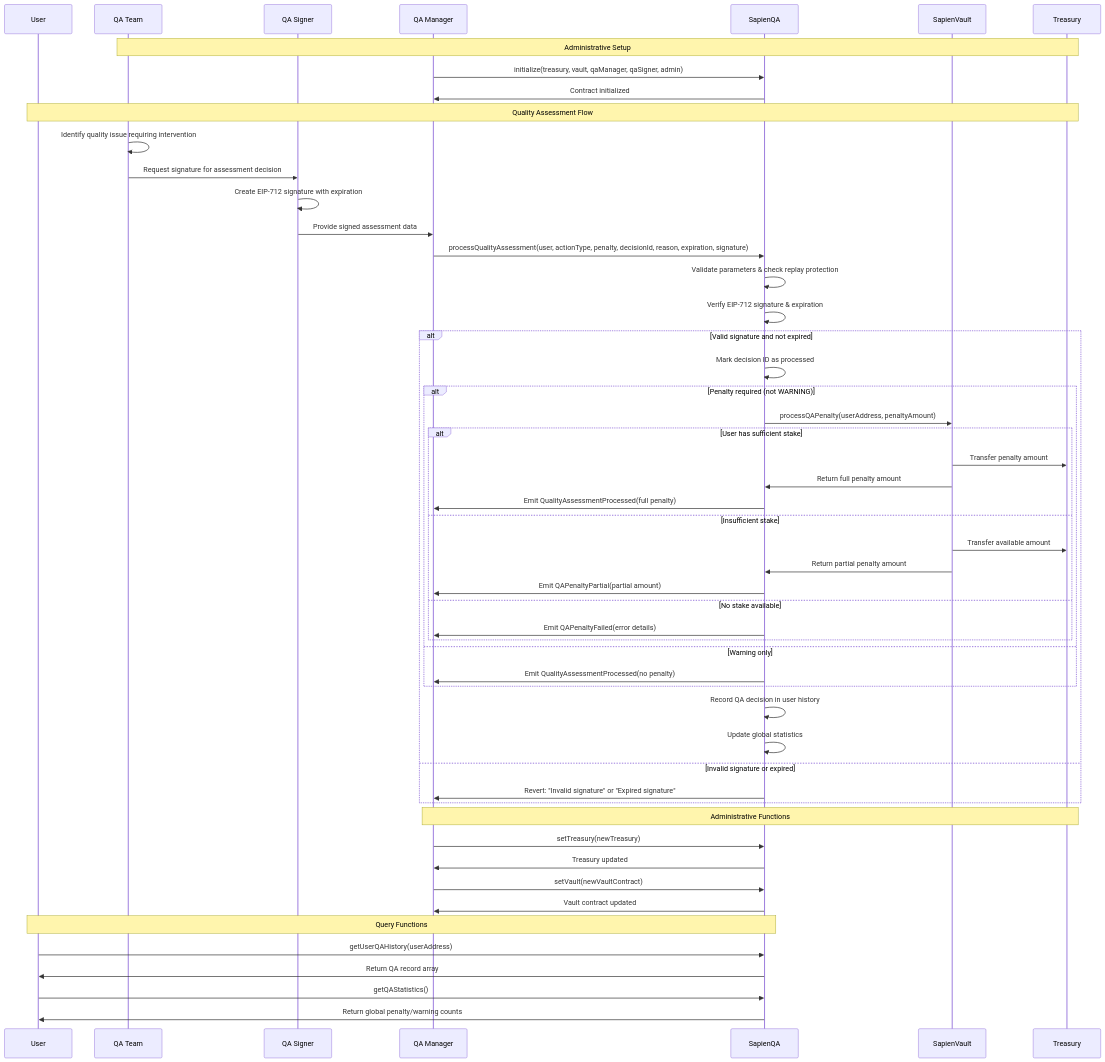
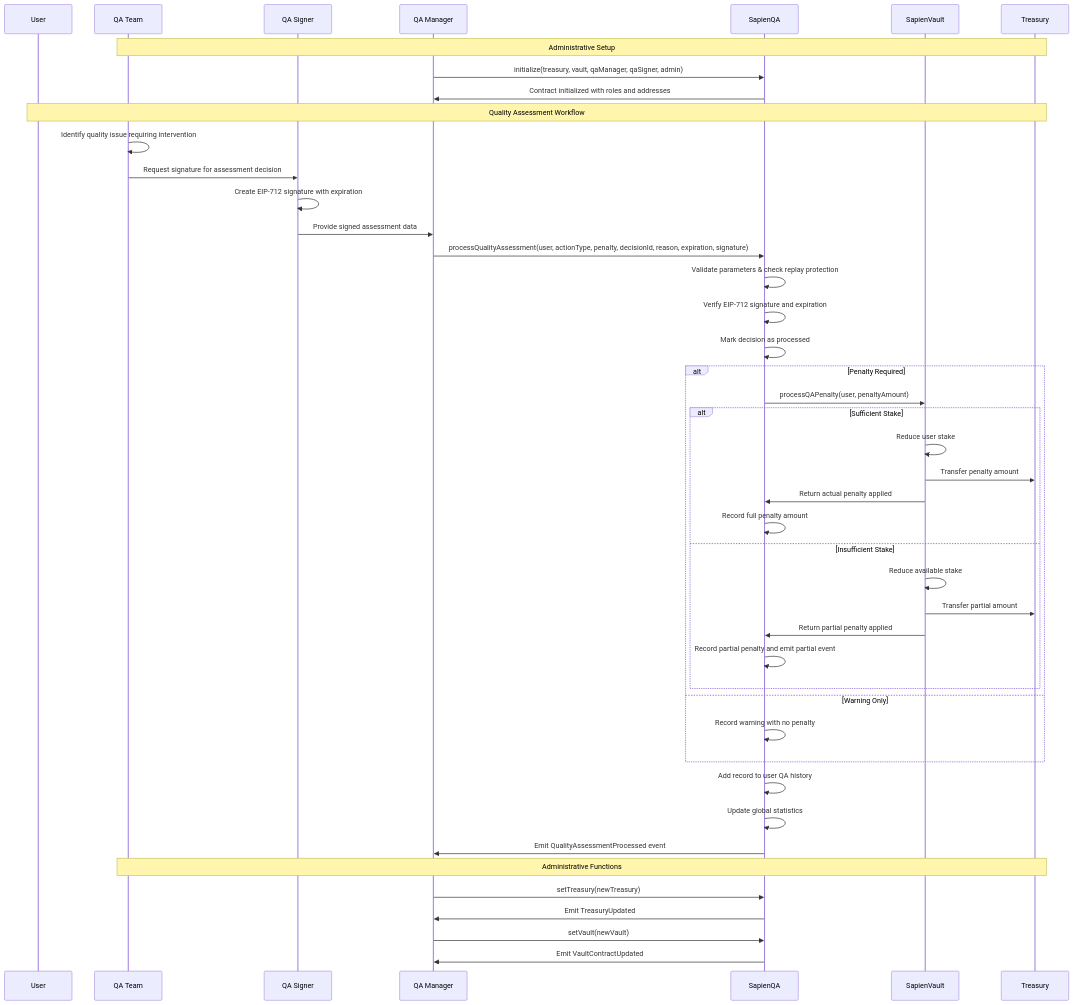
One commit to Sapien-io/sapien-contracts changed the diagram in notes/SapienQA.md. Above: the diagram before and after it, drawn with Mermaid. The commit also changed other lines of this file and 4 other files, not shown here.

````diff
--- a/notes/SapienQA.md
+++ b/notes/SapienQA.md
@@ -27,68 +48,56 @@
 ```mermaid
 sequenceDiagram
     participant User
     participant QATeam as QA Team
     participant QASigner as QA Signer
     participant QAManager as QA Manager
     participant SapienQA
     participant SapienVault
     participant Treasury
 
     Note over QATeam, Treasury: Administrative Setup
     QAManager->>SapienQA: initialize(treasury, vault, qaManager, qaSigner, admin)
-    SapienQA->>QAManager: Contract initialized
+    SapienQA->>QAManager: Contract initialized with roles and addresses
 
-    Note over User, Treasury: Quality Assessment Flow
+    Note over User, Treasury: Quality Assessment Workflow
     QATeam->>QATeam: Identify quality issue requiring intervention
     QATeam->>QASigner: Request signature for assessment decision
     
     QASigner->>QASigner: Create EIP-712 signature with expiration
     QASigner->>QAManager: Provide signed assessment data
     
     QAManager->>SapienQA: processQualityAssessment(user, actionType, penalty, decisionId, reason, expiration, signature)
     
     SapienQA->>SapienQA: Validate parameters & check replay protection
-    SapienQA->>SapienQA: Verify EIP-712 signature & expiration
+    SapienQA->>SapienQA: Verify EIP-712 signature and expiration
+    SapienQA->>SapienQA: Mark decision as processed
     
-    alt Valid signature and not expired
-        SapienQA->>SapienQA: Mark decision ID as processed
+    alt Penalty Required
+        SapienQA->>SapienVault: processQAPenalty(user, penaltyAmount)
         
-        alt Penalty required (not WARNING)
-            SapienQA->>SapienVault: processQAPenalty(userAddress, penaltyAmount)
-            
-            alt User has sufficient stake
-                SapienVault->>Treasury: Transfer penalty amount
-                SapienVault->>SapienQA: Return full penalty amount
-                SapienQA->>QAManager: Emit QualityAssessmentProcessed(full penalty)
-            else Insufficient stake
-                SapienVault->>Treasury: Transfer available amount
-                SapienVault->>SapienQA: Return partial penalty amount
-                SapienQA->>QAManager: Emit QAPenaltyPartial(partial amount)
-            else No stake available
-                SapienQA->>QAManager: Emit QAPenaltyFailed(error details)
-            end
-        else Warning only
-            SapienQA->>QAManager: Emit QualityAssessmentProcessed(no penalty)
+        alt Sufficient Stake
+            SapienVault->>SapienVault: Reduce user stake
+            SapienVault->>Treasury: Transfer penalty amount
+            SapienVault->>SapienQA: Return actual penalty applied
+            SapienQA->>SapienQA: Record full penalty amount
+        else Insufficient Stake
+            SapienVault->>SapienVault: Reduce available stake
+            SapienVault->>Treasury: Transfer partial amount
+            SapienVault->>SapienQA: Return partial penalty applied
+            SapienQA->>SapienQA: Record partial penalty and emit partial event
         end
-        
-        SapienQA->>SapienQA: Record QA decision in user history
-        SapienQA->>SapienQA: Update global statistics
-        
-    else Invalid signature or expired
-        SapienQA->>QAManager: Revert: "Invalid signature" or "Expired signature"
+    else Warning Only
+        SapienQA->>SapienQA: Record warning with no penalty
     end
+    
+    SapienQA->>SapienQA: Add record to user QA history
+    SapienQA->>SapienQA: Update global statistics
+    SapienQA->>QAManager: Emit QualityAssessmentProcessed event
 
-    Note over QAManager, Treasury: Administrative Functions
+    Note over QATeam, Treasury: Administrative Functions
     QAManager->>SapienQA: setTreasury(newTreasury)
-    SapienQA->>QAManager: Treasury updated
+    SapienQA->>QAManager: Emit TreasuryUpdated
 
-    QAManager->>SapienQA: setVault(newVaultContract)
-    SapienQA->>QAManager: Vault contract updated
-
-    Note over User, SapienQA: Query Functions
-    User->>SapienQA: getUserQAHistory(userAddress)
-    SapienQA->>User: Return QA record array
-
-    User->>SapienQA: getQAStatistics()
-    SapienQA->>User: Return global penalty/warning counts
+    QAManager->>SapienQA: setVault(newVault)
+    SapienQA->>QAManager: Emit VaultContractUpdated
 ```
````
